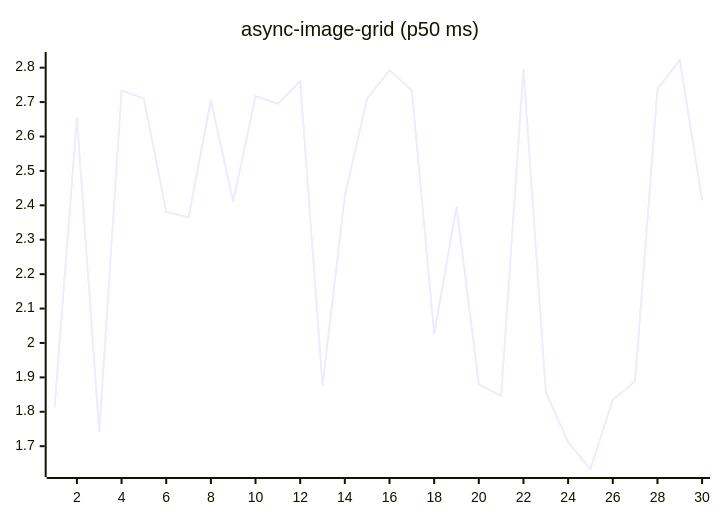
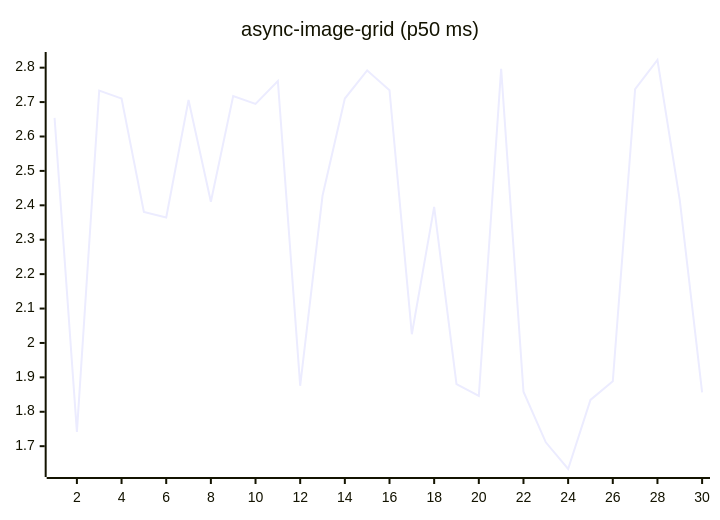
One commit to josha/Facet changed the fifth of 27 diagrams in README.md. Above: the diagram before and after it, drawn with Mermaid. The commit also changed other lines of this file and 2 other files, not shown here.

````diff
--- a/README.md
+++ b/README.md
@@ -91,6 +91,6 @@
 ```mermaid
 xychart-beta
     title "async-image-grid (p50 ms)"
     x-axis 1 --> 30
-    line [1.8124, 2.6543, 1.7415, 2.7336, 2.7103, 2.3810, 2.3646, 2.7059, 2.4103, 2.7175, 2.6949, 2.7614, 1.8756, 2.4277, 2.7103, 2.7919, 2.7346, 2.0254, 2.3955, 1.8801, 1.8461, 2.7970, 1.8583, 1.7113, 1.6337, 1.8346, 1.8885, 2.7375, 2.8223, 2.4153]
+    line [2.6543, 1.7415, 2.7336, 2.7103, 2.3810, 2.3646, 2.7059, 2.4103, 2.7175, 2.6949, 2.7614, 1.8756, 2.4277, 2.7103, 2.7919, 2.7346, 2.0254, 2.3955, 1.8801, 1.8461, 2.7970, 1.8583, 1.7113, 1.6337, 1.8346, 1.8885, 2.7375, 2.8223, 2.4153, 1.8565]
 ```
````
